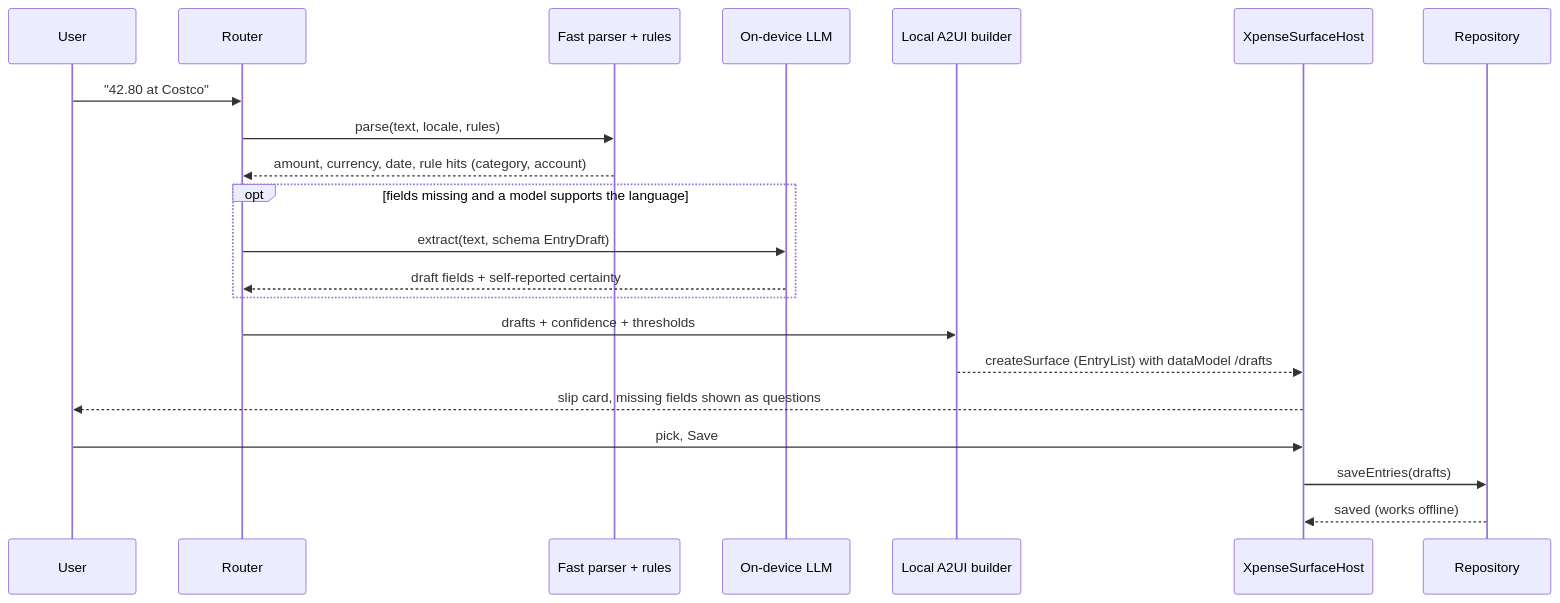
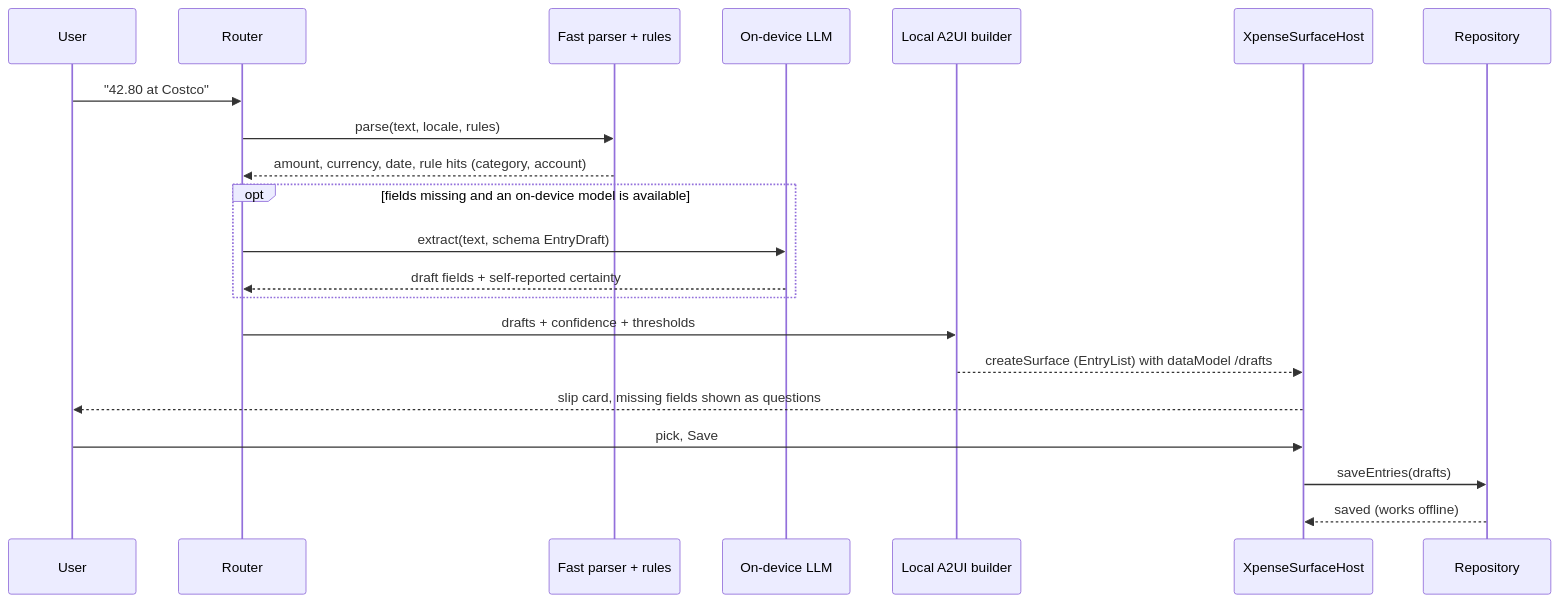
One commit to Botanium/family-xpense changed the third of 10 diagrams in docs/ARCHITECTURE.md. Above: the diagram before and after it, drawn with Mermaid. The commit also changed other lines of this file and 9 other files, not shown here.

````diff
--- a/docs/ARCHITECTURE.md
+++ b/docs/ARCHITECTURE.md
@@ -264,23 +272,23 @@
 ```mermaid
 sequenceDiagram
   participant U as User
   participant R as Router
   participant P as Fast parser + rules
   participant E as On-device LLM
   participant B as Local A2UI builder
   participant H as XpenseSurfaceHost
   participant Repo as Repository
   U->>R: "42.80 at Costco"
   R->>P: parse(text, locale, rules)
   P-->>R: amount, currency, date, rule hits (category, account)
-  opt fields missing and a model supports the language
+  opt fields missing and an on-device model is available
     R->>E: extract(text, schema EntryDraft)
     E-->>R: draft fields + self-reported certainty
   end
   R->>B: drafts + confidence + thresholds
   B-->>H: createSurface (EntryList) with dataModel /drafts
   H-->>U: slip card, missing fields shown as questions
   U->>H: pick, Save
   H->>Repo: saveEntries(drafts)
   Repo-->>H: saved (works offline)
 ```
````
